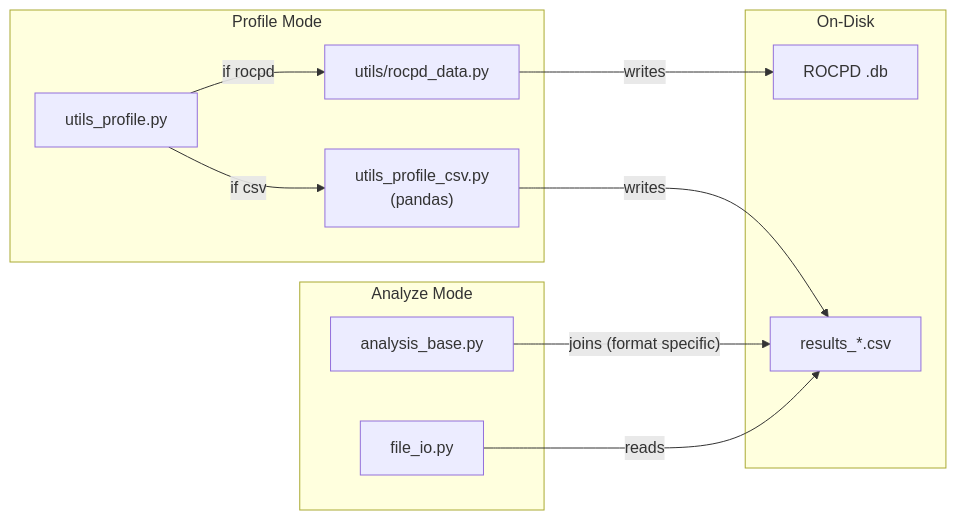
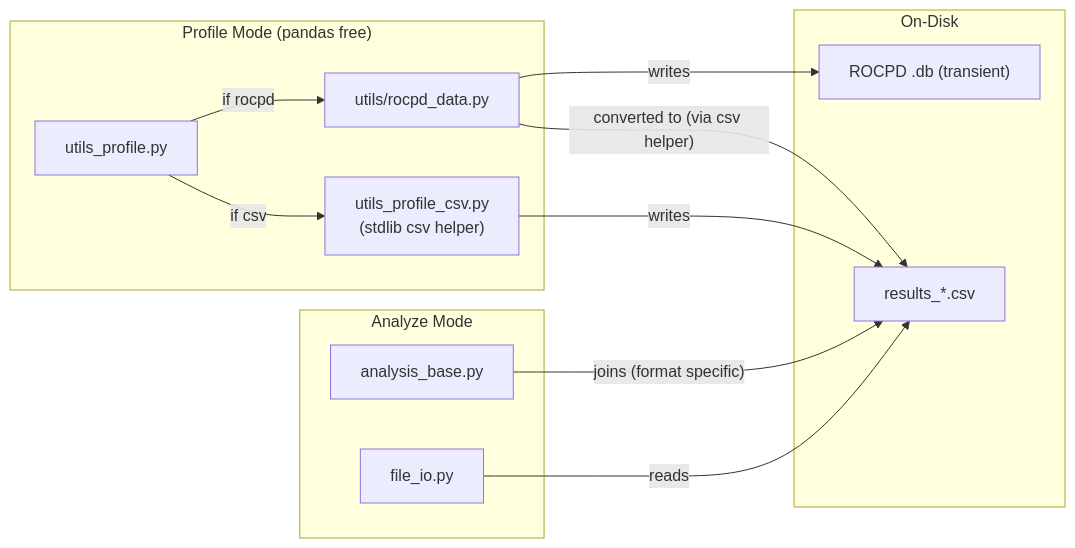
Before and after one commit to bergetbjork/rocm-systems: the first of 8 diagrams in projects/rocprofiler-compute/docs/design/profile_interface_architecture.md, drawn with Mermaid. The commit also changed other lines of this file, not shown here.

Commit message:
clarify phase A csv backend removal

````diff
--- a/projects/rocprofiler-compute/docs/design/profile_interface_architecture.md
+++ b/projects/rocprofiler-compute/docs/design/profile_interface_architecture.md
@@ -160,22 +188,23 @@
 ```mermaid
 flowchart LR
-    subgraph profile["Profile Mode"]
+    subgraph profile["Profile Mode (pandas free)"]
         uprof["utils_profile.py"]
         urocpd["utils/rocpd_data.py"]
-        ucsv["utils_profile_csv.py<br/>(pandas)"]
+        ucsv["utils_profile_csv.py<br/>(stdlib csv helper)"]
     end
     subgraph analyze["Analyze Mode"]
         abase["analysis_base.py"]
         fio["file_io.py"]
     end
     subgraph disk["On-Disk"]
-        db["ROCPD .db"]
+        db["ROCPD .db (transient)"]
         res["results_*.csv"]
     end
     uprof -->|"if rocpd"| urocpd
     uprof -->|"if csv"| ucsv
     urocpd -->|"writes"| db
+    urocpd -->|"converted to (via csv helper)"| res
     ucsv -->|"writes"| res
     abase -->|"joins (format specific)"| res
     fio -->|"reads"| res
 ```
````
